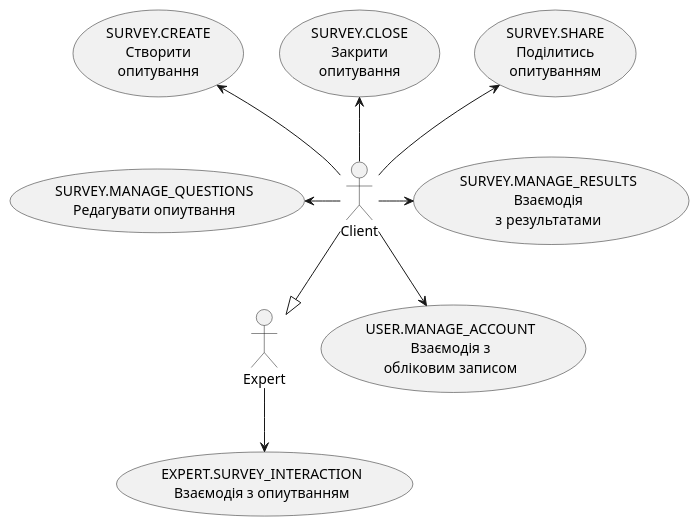
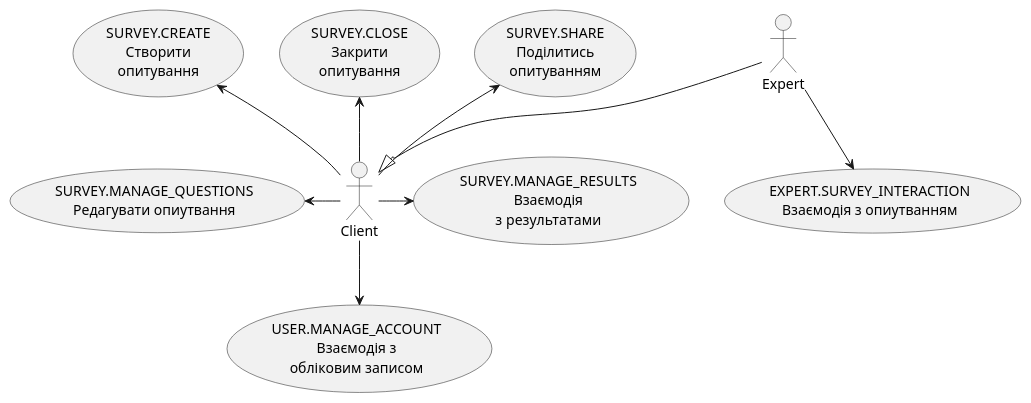
One commit to xastia/edu_db_labs_group1 changed the first of 15 diagrams in docs/use cases/README.md. Above: the diagram before and after it, drawn with PlantUML. The commit also changed other lines of this file, not shown here.

```diff
--- a/docs/use cases/README.md
+++ b/docs/use cases/README.md
@@ -12,24 +12,24 @@
 @startuml
 
     actor Expert
     actor Client
   
     usecase "USER.MANAGE_ACCOUNT\nВзаємодія з\nобліковим записом" as UInteraction
     usecase "SURVEY.CREATE\nСтворити\nопитування" as SCreate
     usecase "SURVEY.CLOSE\nЗакрити\nопитування" as SClose
     usecase "SURVEY.MANAGE_QUESTIONS\nРедагувати опиутвання" as SEdit
     usecase "EXPERT.SURVEY_INTERACTION\nВзаємодія з опиутванням" as EInteraction
     usecase "SURVEY.SHARE\nПоділитись\nопитуванням" as SShare
     usecase "SURVEY.MANAGE_RESULTS\nВзаємодія\nз результатами" as SResults
  
   
-      Client -d-|> Expert
+      Expert -d-|> Client
       Expert -d-> EInteraction
       Client -d->UInteraction
       Client -l->SEdit
       Client -u->SShare
       Client -r->SResults
       Client -u->SClose
       Client -u->SCreate
       
 @enduml
```
